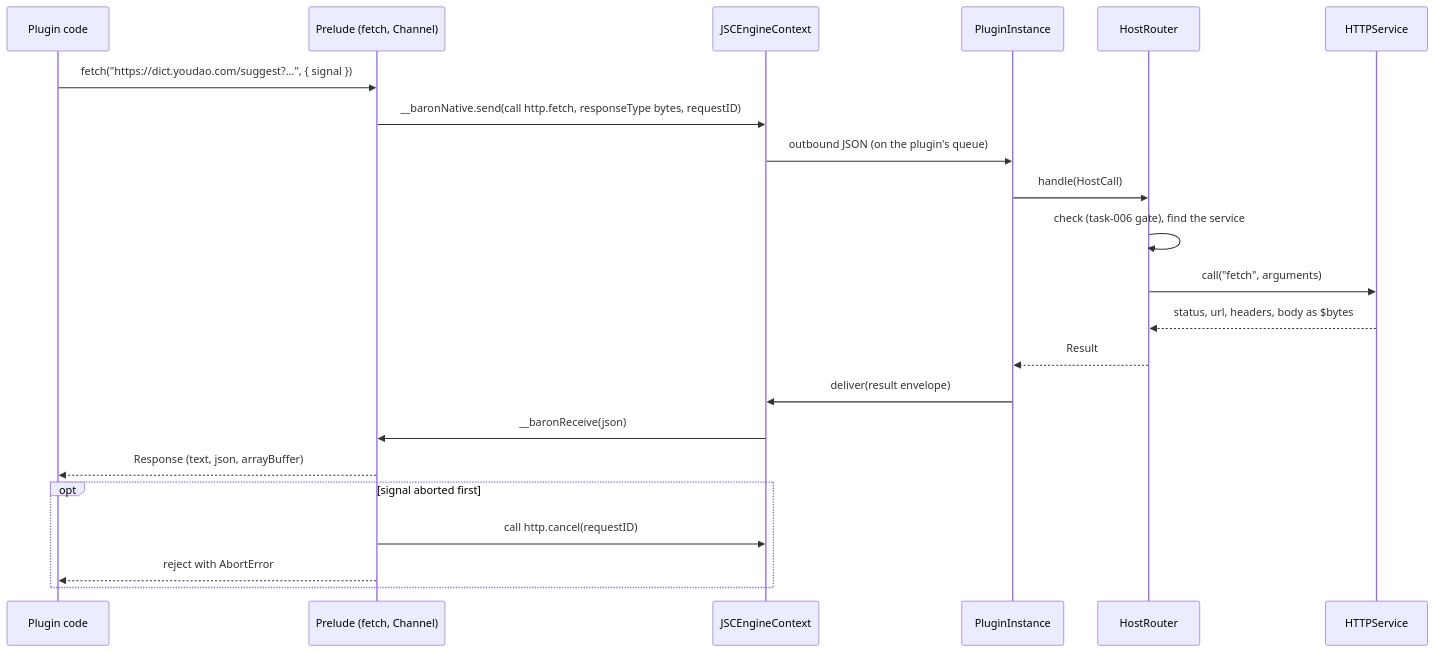
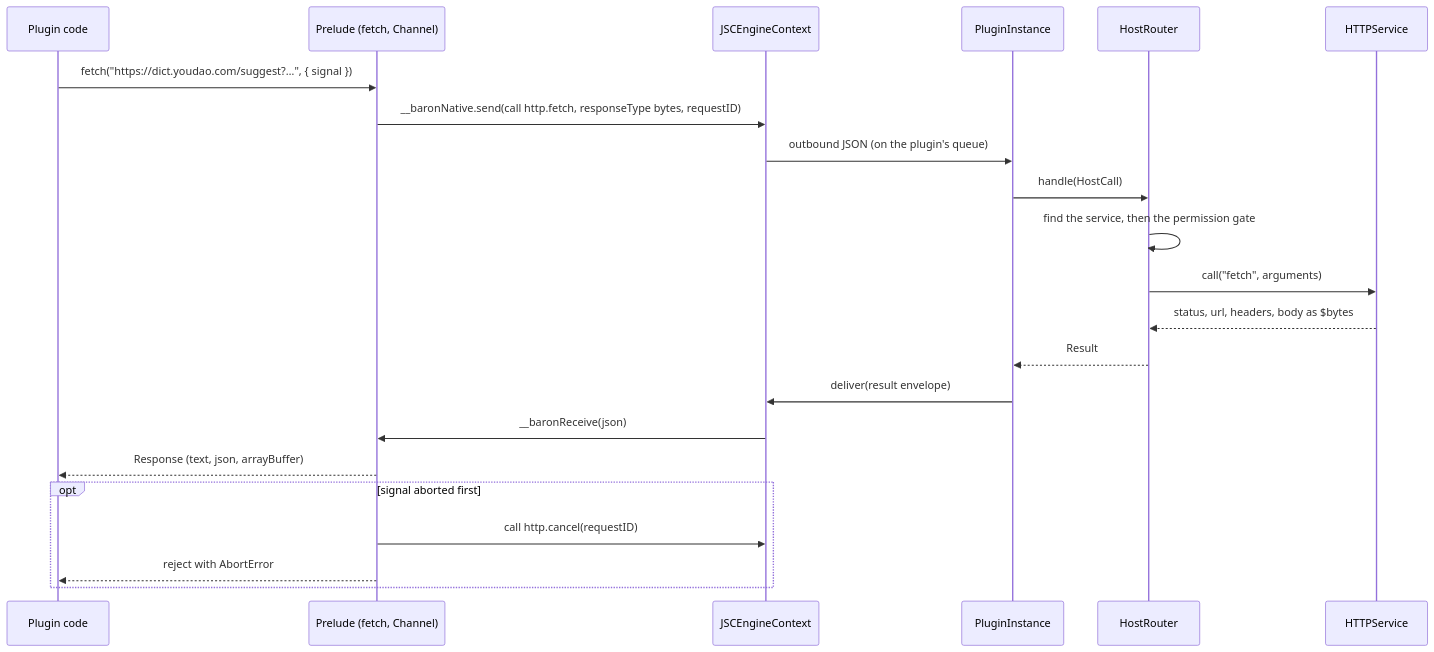
Before and after one commit to mx-in/ODH: the second of 2 diagrams in docs/design/plugin-platform/03-host-api-and-ipc.md, drawn with Mermaid. The commit also changed other lines of this file and 3 other files, not shown here.

````diff
--- a/docs/design/plugin-platform/03-host-api-and-ipc.md
+++ b/docs/design/plugin-platform/03-host-api-and-ipc.md
@@ -231,24 +214,24 @@
 ```mermaid
 sequenceDiagram
   participant Code as Plugin code
   participant Prelude as Prelude (fetch, Channel)
   participant Engine as JSCEngineContext
   participant Instance as PluginInstance
   participant Router as HostRouter
   participant HTTP as HTTPService
   Code->>Prelude: fetch("https://dict.youdao.com/suggest?…", { signal })
   Prelude->>Engine: __baronNative.send(call http.fetch, responseType bytes, requestID)
   Engine->>Instance: outbound JSON (on the plugin's queue)
   Instance->>Router: handle(HostCall)
-  Router->>Router: check (task-006 gate), find the service
+  Router->>Router: find the service, then the permission gate
   Router->>HTTP: call("fetch", arguments)
   HTTP-->>Router: status, url, headers, body as $bytes
   Router-->>Instance: Result
   Instance->>Engine: deliver(result envelope)
   Engine->>Prelude: __baronReceive(json)
   Prelude-->>Code: Response (text, json, arrayBuffer)
   opt signal aborted first
     Prelude->>Engine: call http.cancel(requestID)
     Prelude-->>Code: reject with AbortError
   end
 ```
````
